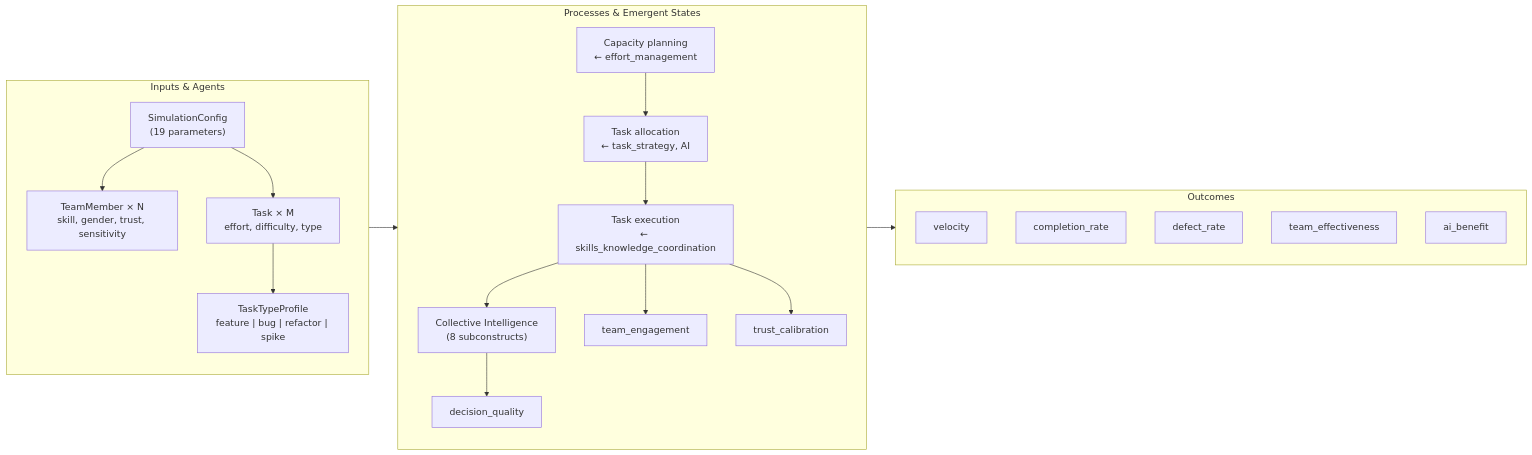
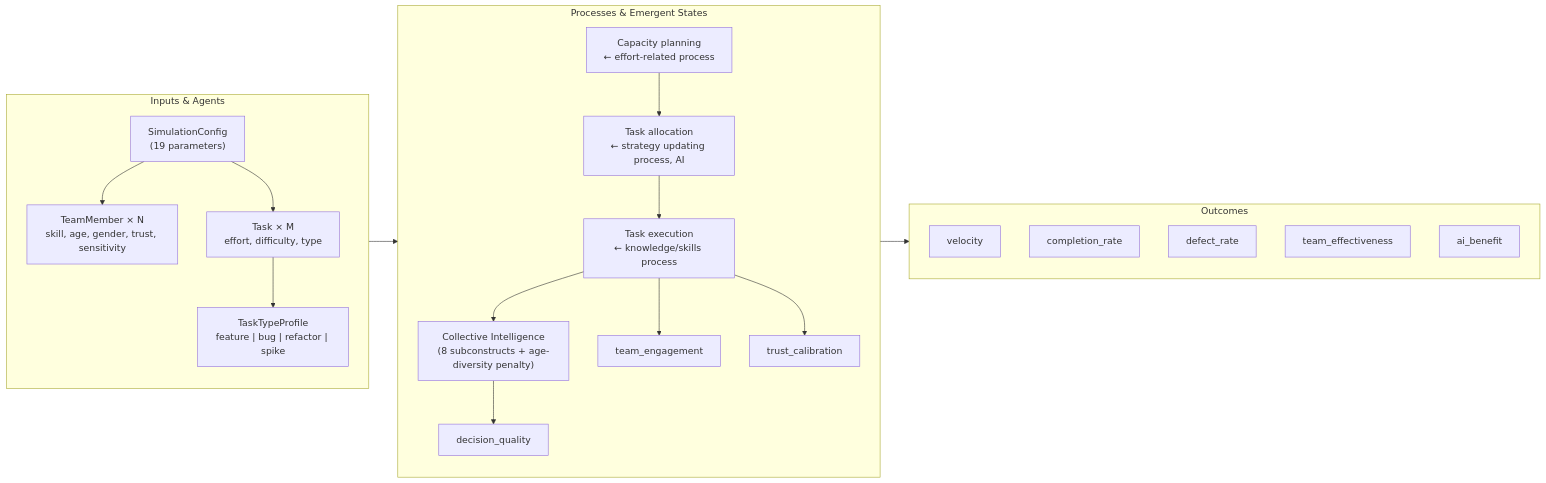
The first of 8 diagrams in docs/CONCEPTUAL_MODEL.md (arslansultandogar/agile-simulator), drawn with Mermaid before and after one commit. The commit also changed other lines of this file and 16 other files, not shown here.

````diff
--- a/docs/CONCEPTUAL_MODEL.md
+++ b/docs/CONCEPTUAL_MODEL.md
@@ -29,40 +29,40 @@
 ```mermaid
 flowchart LR
     subgraph IN["Inputs & Agents"]
         direction TB
         CFG["SimulationConfig<br/>(19 parameters)"]
-        TM["TeamMember × N<br/>skill, gender, trust, sensitivity"]
+        TM["TeamMember × N<br/>skill, age, gender, trust, sensitivity"]
         TK["Task × M<br/>effort, difficulty, type"]
         TTP["TaskTypeProfile<br/>feature | bug | refactor | spike"]
         CFG --> TM
         CFG --> TK
         TK --> TTP
     end
 
     subgraph MID["Processes & Emergent States"]
         direction TB
-        CAP["Capacity planning<br/>← effort_management"]
-        ALLOC["Task allocation<br/>← task_strategy, AI"]
-        EXEC["Task execution<br/>← skills_knowledge_coordination"]
-        CI["Collective Intelligence<br/>(8 subconstructs)"]
+        CAP["Capacity planning<br/>← effort-related process"]
+        ALLOC["Task allocation<br/>← strategy updating process, AI"]
+        EXEC["Task execution<br/>← knowledge/skills process"]
+        CI["Collective Intelligence<br/>(8 subconstructs + age-diversity penalty)"]
         TE["team_engagement"]
         TC["trust_calibration"]
         DQ["decision_quality"]
         CAP --> ALLOC --> EXEC
         EXEC --> CI
         EXEC --> TE
         EXEC --> TC
         CI --> DQ
     end
 
     subgraph OUT["Outcomes"]
         direction TB
         VEL["velocity"]
         COMP["completion_rate"]
         DEF["defect_rate"]
         EFF["team_effectiveness"]
         AIB["ai_benefit"]
     end
 
     IN --> MID --> OUT
 ```
````
